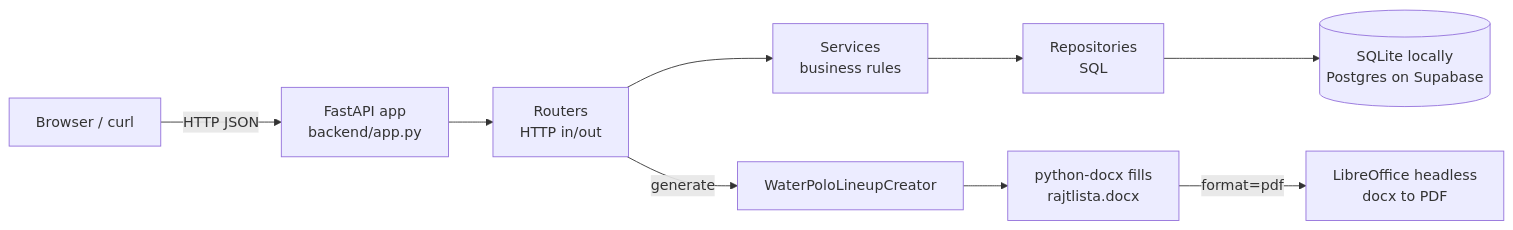
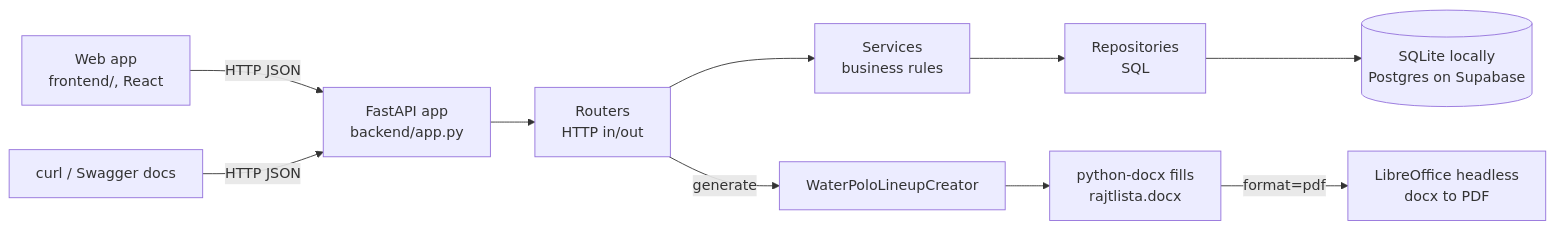
One commit to LasterBergamot/lineup changed the first of 2 diagrams in documentation/Newcomer-Guide.md. Above: the diagram before and after it, drawn with Mermaid. The commit also changed other lines of this file and 47 other files, not shown here.

First line of the commit message:
#119 - Add the frontend skeleton: Vite app, Polaris theme, app shell, generated API client, CI

````diff
--- a/documentation/Newcomer-Guide.md
+++ b/documentation/Newcomer-Guide.md
@@ -26,11 +26,12 @@
 ```mermaid
 flowchart LR
-    Client[Browser / curl] -->|HTTP JSON| API[FastAPI app<br/>backend/app.py]
+    Web[Web app<br/>frontend/, React] -->|HTTP JSON| API
+    Client[curl / Swagger docs] -->|HTTP JSON| API[FastAPI app<br/>backend/app.py]
     API --> Routers[Routers<br/>HTTP in/out]
     Routers --> Services[Services<br/>business rules]
     Services --> Repos[Repositories<br/>SQL]
     Repos --> DB[(SQLite locally<br/>Postgres on Supabase)]
     Routers -->|generate| Creator[WaterPoloLineupCreator]
     Creator --> Docx[python-docx fills<br/>rajtlista.docx]
     Docx -->|format=pdf| LO[LibreOffice headless<br/>docx to PDF]
 ```
````
